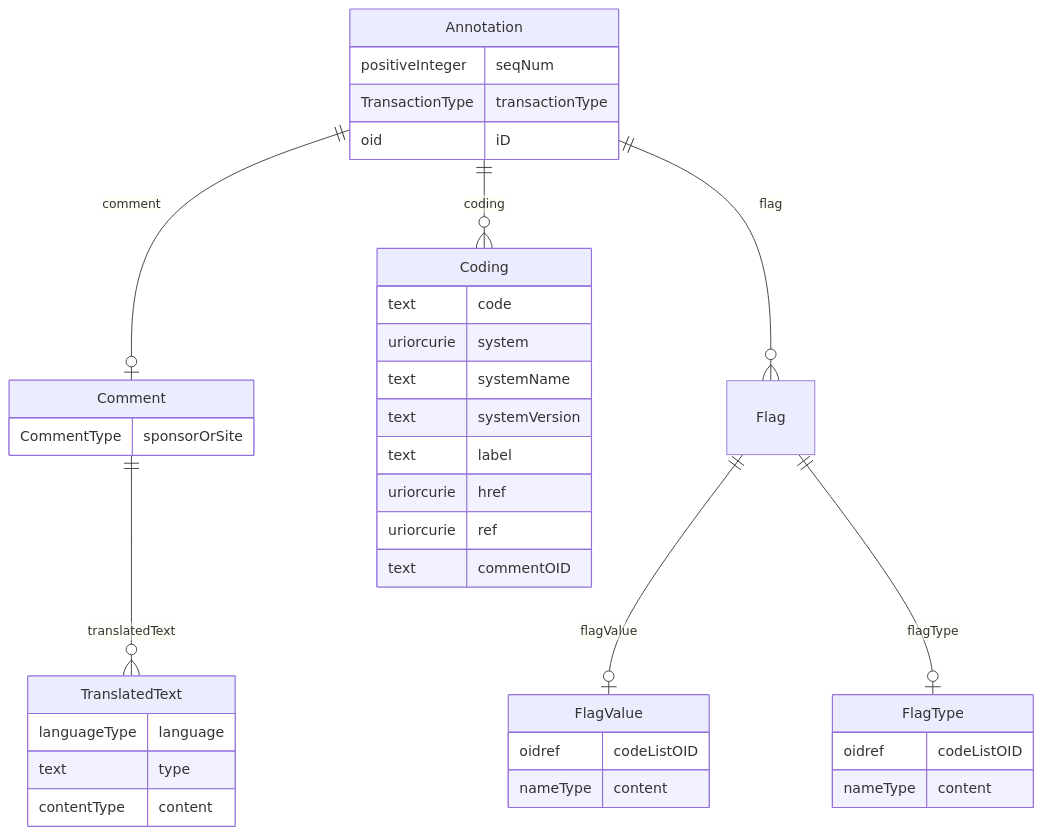
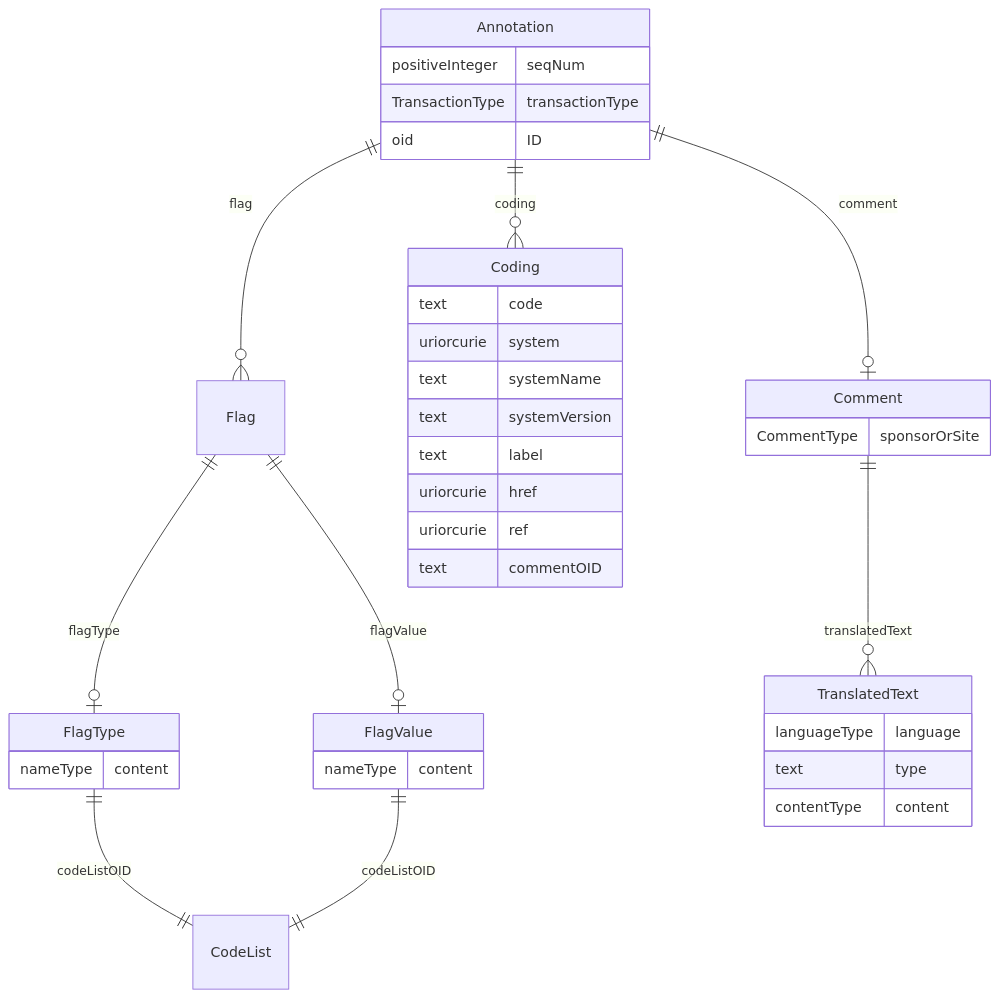
One commit to cdisc-org/DataExchange-ODM-LinkML changed the diagram in docs/Annotation.md. Above: the diagram before and after it, drawn with Mermaid. The commit also changed other lines of this file and 338 other files, not shown here.

Commit message:
improved references by detecting targets for oidref type slots

````diff
--- a/docs/Annotation.md
+++ b/docs/Annotation.md
@@ -11,45 +11,45 @@
 ```mermaid
 erDiagram
 Annotation {
     positiveInteger seqNum  
     TransactionType transactionType  
-    oid iD  
+    oid ID  
 }
 Flag {
 
 }
 FlagType {
-    oidref codeListOID  
     nameType content  
 }
 FlagValue {
-    oidref codeListOID  
     nameType content  
 }
 Coding {
     text code  
     uriorcurie system  
     text systemName  
     text systemVersion  
     text label  
     uriorcurie href  
     uriorcurie ref  
     text commentOID  
 }
 Comment {
     CommentType sponsorOrSite  
 }
 TranslatedText {
     languageType language  
     text type  
     contentType content  
 }
 
 Annotation ||--|o Comment : "comment"
 Annotation ||--}o Coding : "coding"
 Annotation ||--}o Flag : "flag"
 Flag ||--|o FlagValue : "flagValue"
 Flag ||--|o FlagType : "flagType"
+FlagType ||--|| CodeList : "codeListOID"
+FlagValue ||--|| CodeList : "codeListOID"
 Comment ||--}o TranslatedText : "translatedText"
 
 ```
````
